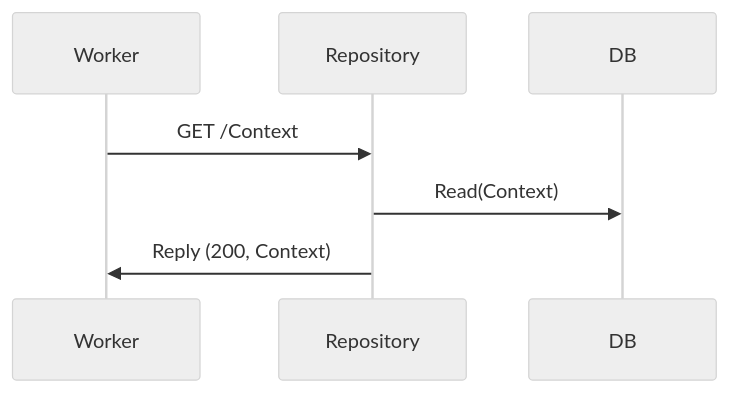
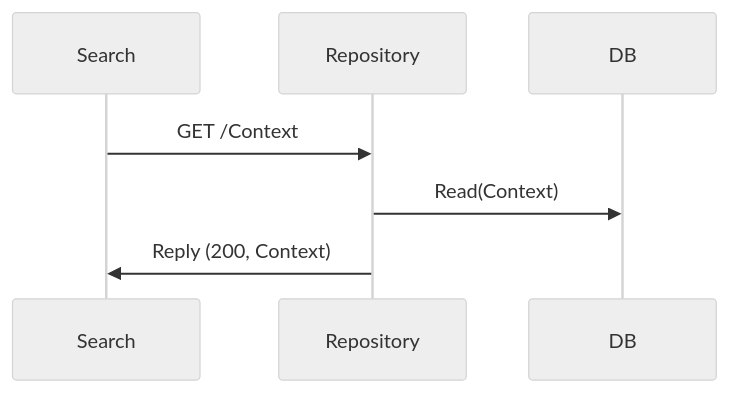
Before and after one commit to michaelrauh/crochet: the diagram in get_context.md, drawn with Mermaid (neutral theme). The commit also changed 62 other files, not shown here.

````diff
--- a/get_context.md
+++ b/get_context.md
@@ -1,10 +1,9 @@
 ```mermaid
 sequenceDiagram
-    participant Worker
+    participant Search
     participant Repository
     participant DB 
-
-    Worker->>Repository: GET /Context
+    Search->>Repository: GET /Context
     Repository->>DB: Read(Context)
-    Repository->>Worker: Reply (200, Context) 
-```   
+    Repository->>Search: Reply (200, Context) 
+```
````
